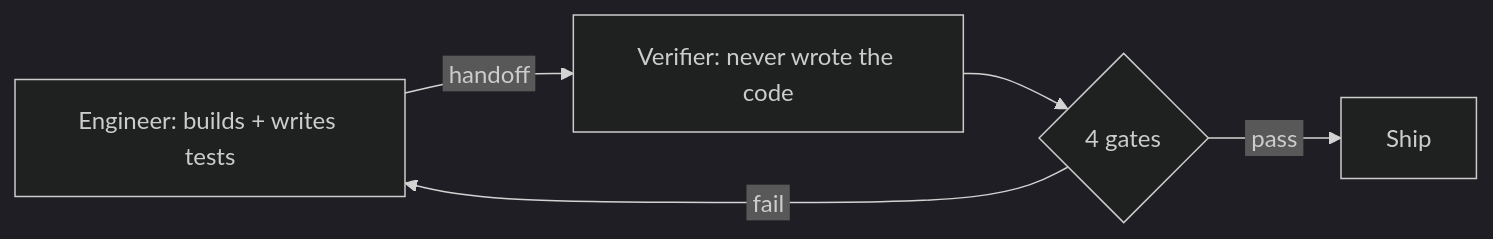
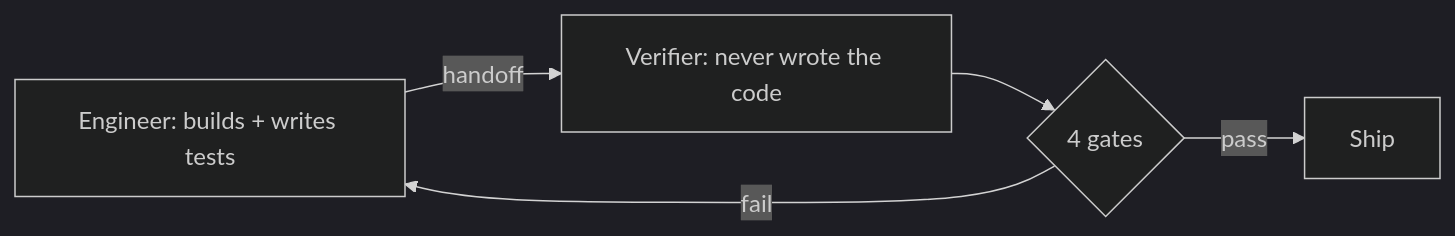
The diagram in src/content/articles/independent-verification.md (qufeiz/portfolio), drawn with Mermaid (dark theme) before and after one commit. The commit also changed 5 other files, not shown here.

````diff
--- a/src/content/articles/independent-verification.md
+++ b/src/content/articles/independent-verification.md
@@ -24,7 +24,7 @@
 ```mermaid
 flowchart LR
-  E["Engineer: builds + writes tests"] -->|"&nbsp;handoff&nbsp;"| V["Verifier: never wrote the code"]
-  V --> G{"&nbsp;4 gates&nbsp;"}
-  G -->|"&nbsp;fail&nbsp;"| E
-  G -->|"&nbsp;pass&nbsp;"| Ship["Ship"]
+  E["Engineer: builds + writes tests"] -->|"handoff"| V["Verifier: never wrote the code"]
+  V --> G{"4 gates"}
+  G -->|"fail"| E
+  G -->|"pass"| Ship["Ship"]
 ```
````
